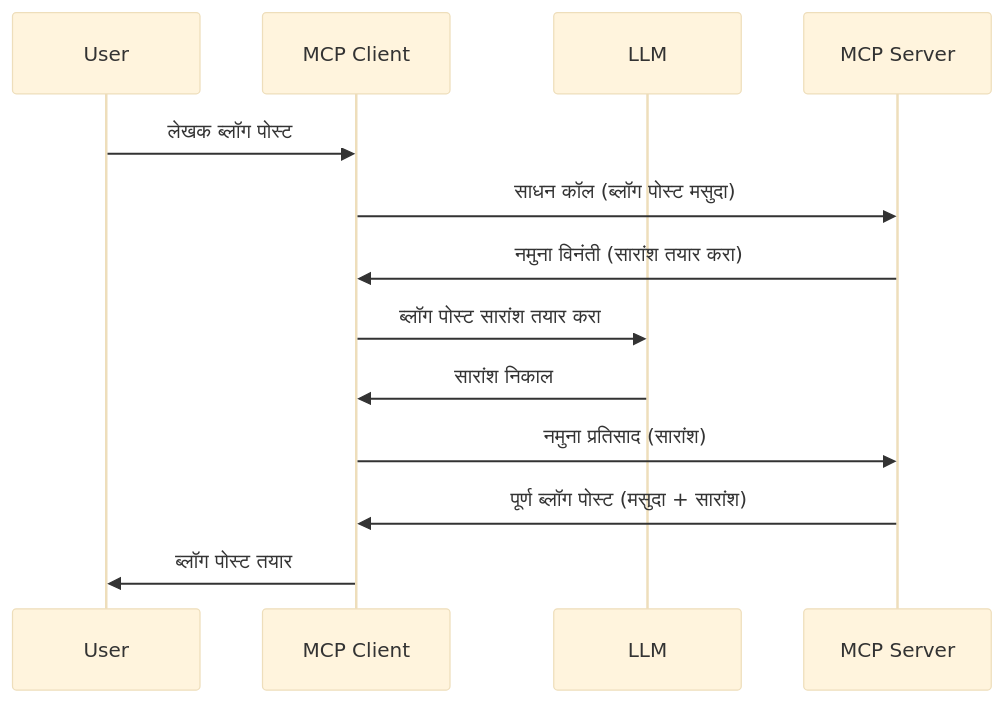
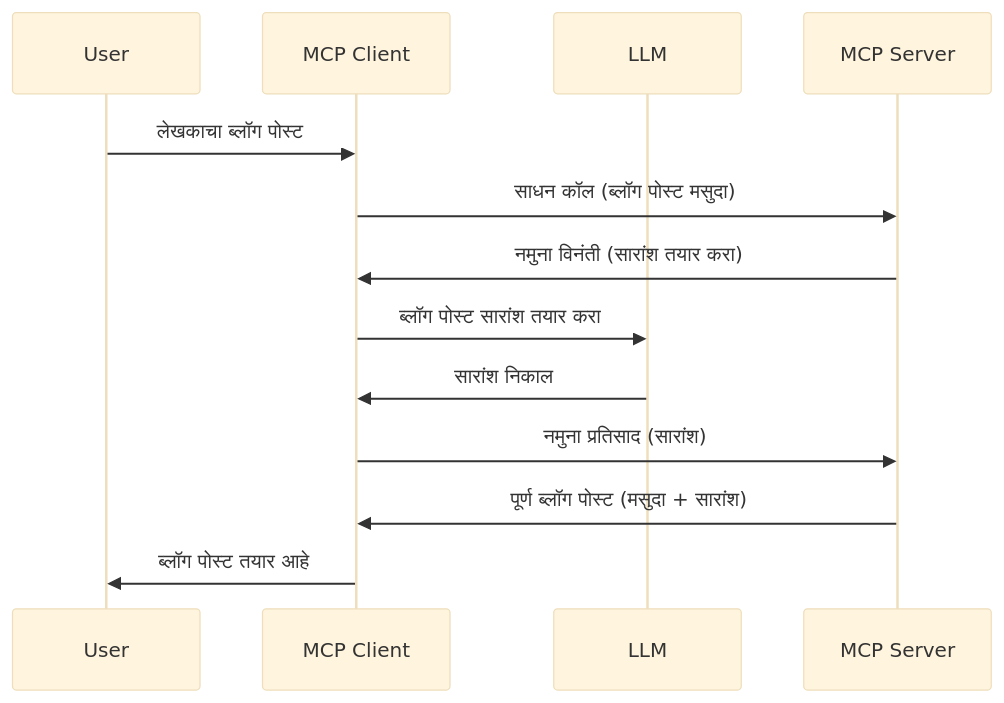
Before and after one commit to HIDORAKAI002/ai-workspace-archive: the diagram in mcp_ecosystem__model_context_protocol/mcp_learning_resources/mcp-for-beginners/translations/mr/03-GettingStarted/14-sampling/README.md, drawn with Mermaid (base theme). The commit also changed other lines of this file and 5748 other files, not shown here.

````diff
--- a/mcp_ecosystem__model_context_protocol/mcp_learning_resources/mcp-for-beginners/translations/mr/03-GettingStarted/14-sampling/README.md
+++ b/mcp_ecosystem__model_context_protocol/mcp_learning_resources/mcp-for-beginners/translations/mr/03-GettingStarted/14-sampling/README.md
@@ -25,16 +27,16 @@
 ```mermaid
 sequenceDiagram
     participant User
     participant MCP Client
     participant LLM
     participant MCP Server
 
-    User->>MCP Client: लेखक ब्लॉग पोस्ट
+    User->>MCP Client: लेखकाचा ब्लॉग पोस्ट
     MCP Client->>MCP Server: साधन कॉल (ब्लॉग पोस्ट मसुदा)
     MCP Server->>MCP Client: नमुना विनंती (सारांश तयार करा)
     MCP Client->>LLM: ब्लॉग पोस्ट सारांश तयार करा
     LLM->>MCP Client: सारांश निकाल
     MCP Client->>MCP Server: नमुना प्रतिसाद (सारांश)
     MCP Server->>MCP Client: पूर्ण ब्लॉग पोस्ट (मसुदा + सारांश)
-    MCP Client->>User: ब्लॉग पोस्ट तयार
+    MCP Client->>User: ब्लॉग पोस्ट तयार आहे
 ```
````
